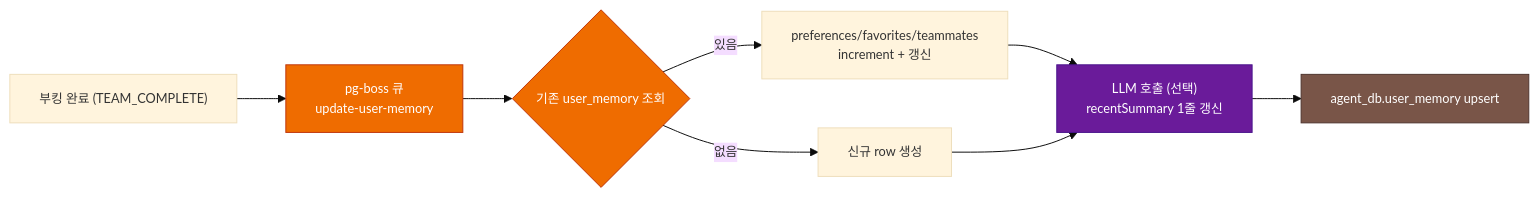
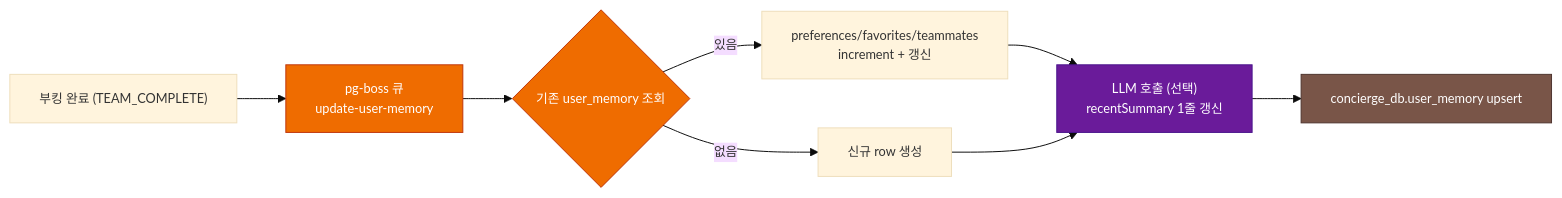
Before and after one commit to uniyous/parkgolf-platform: the fourth of 5 diagrams in docs/workflow/agent-memory.md, drawn with Mermaid. The commit also changed other lines of this file and 37 other files, not shown here.

First line of the commit message:
refactor(infra): NATS subject·DB명 리네임 — agent.*→concierge.* · payment.*→billing.* (UNI-91)

````diff
--- a/docs/workflow/agent-memory.md
+++ b/docs/workflow/agent-memory.md
@@ -537,18 +537,18 @@
 ```mermaid
 %%{init: {'theme':'base','themeVariables':{'fontSize':'13px'}}}%%
 flowchart LR
     A["부킹 완료 (TEAM_COMPLETE)"] --> B["pg-boss 큐<br/>update-user-memory"]
     B --> C{"기존 user_memory 조회"}
     C -->|있음| D["preferences/favorites/teammates<br/>increment + 갱신"]
     C -->|없음| E["신규 row 생성"]
     D --> F["LLM 호출 (선택)<br/>recentSummary 1줄 갱신"]
     E --> F
-    F --> G["agent_db.user_memory upsert"]
+    F --> G["concierge_db.user_memory upsert"]
 
     classDef job fill:#EF6C00,color:#fff,stroke:#BF360C
     classDef llm fill:#6A1B9A,color:#fff,stroke:#4A148C
     classDef db fill:#795548,color:#fff,stroke:#4E342E
     class B,C job
     class F llm
     class G db
 ```
````
